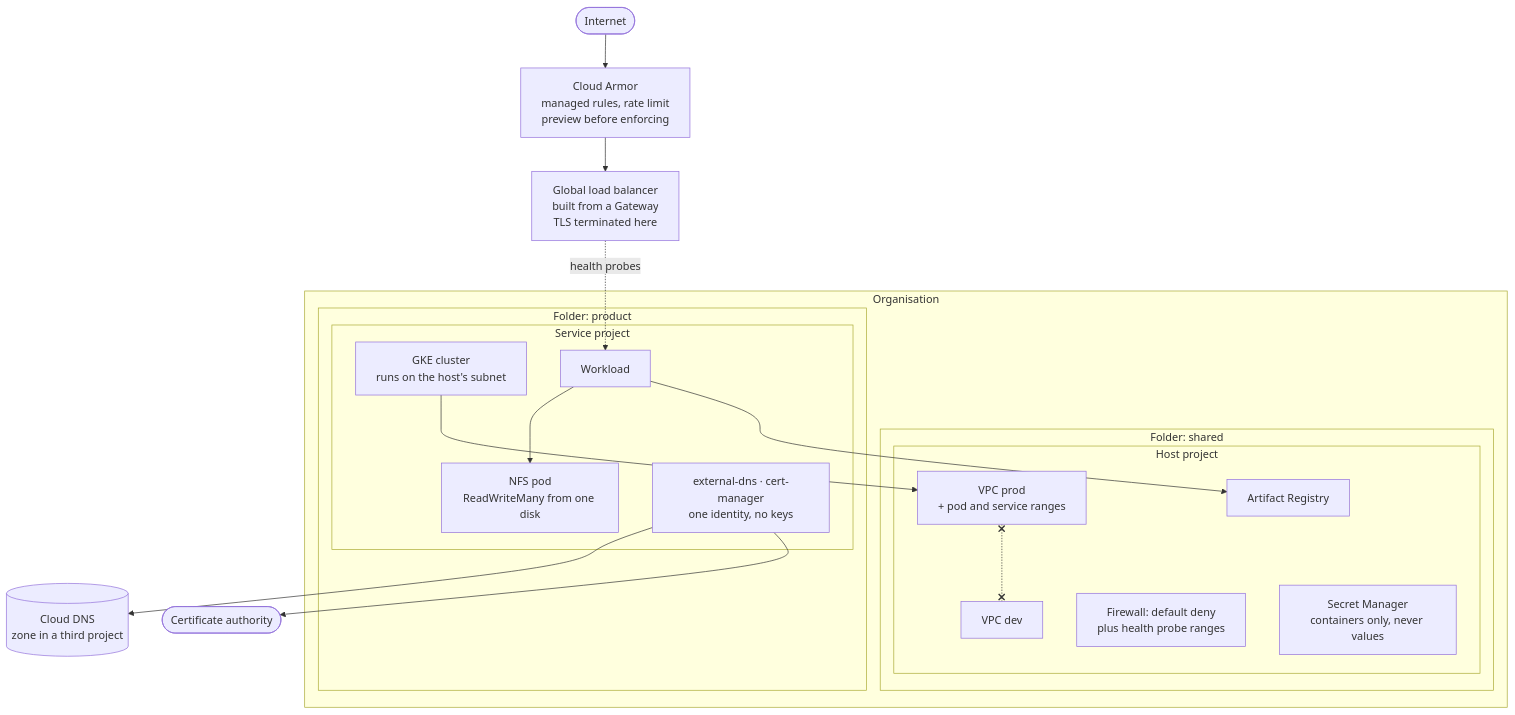
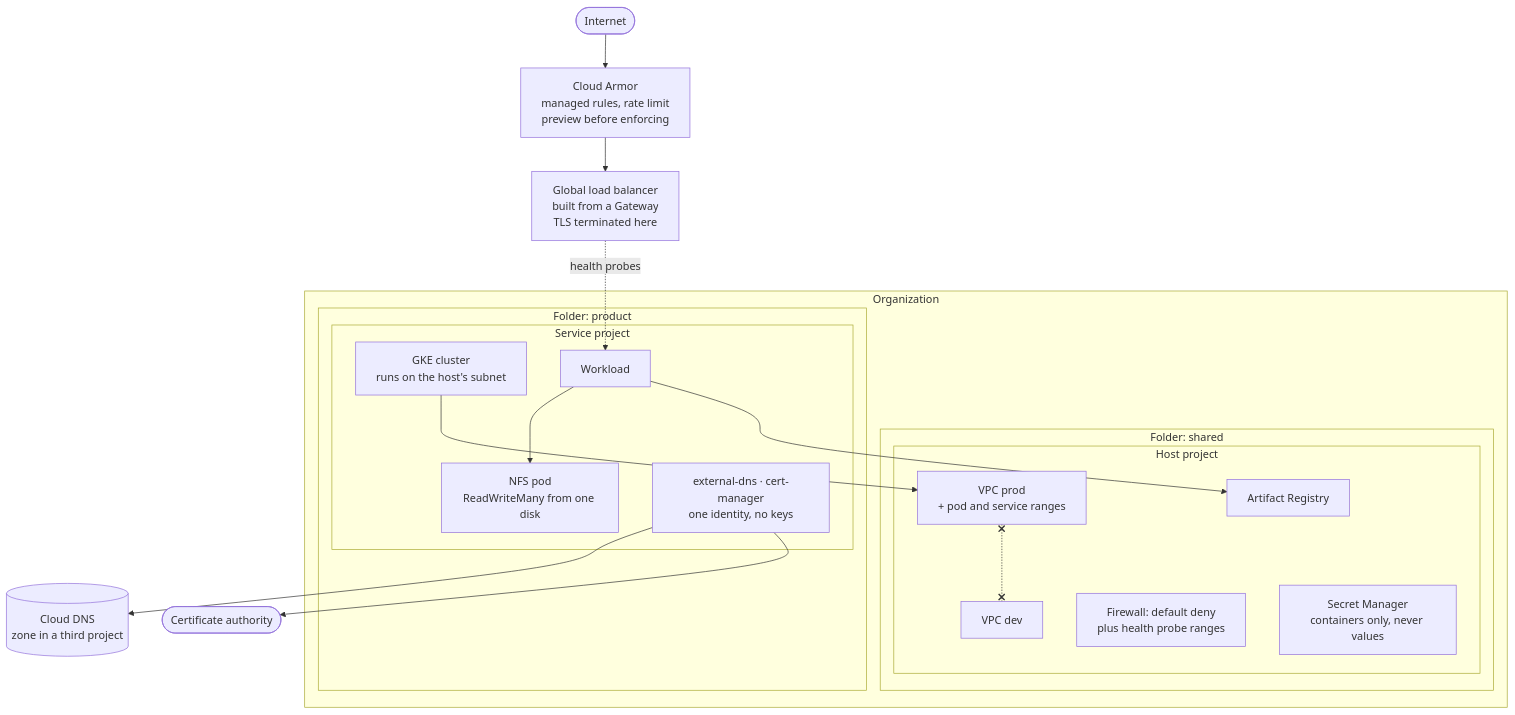
The diagram in README.md (dhatune/platform-blueprints), drawn with Mermaid before and after one commit. The commit also changed other lines of this file and 34 other files, not shown here.

````diff
--- a/README.md
+++ b/README.md
@@ -31,34 +31,34 @@
 ```mermaid
 flowchart TB
     net([Internet]) --> armor[Cloud Armor<br/>managed rules, rate limit<br/>preview before enforcing]
     armor --> lb[Global load balancer<br/>built from a Gateway<br/>TLS terminated here]
 
-    subgraph org [Organisation]
+    subgraph org [Organization]
         subgraph shared [Folder: shared]
             subgraph host [Host project]
                 prod[VPC prod<br/>+ pod and service ranges]
                 dev[VPC dev]
                 fw[Firewall: default deny<br/>plus health probe ranges]
                 reg[Artifact Registry]
                 sec[Secret Manager<br/>containers only, never values]
             end
         end
         subgraph product [Folder: product]
             subgraph svc [Service project]
                 gke[GKE cluster<br/>runs on the host's subnet]
                 nfs[NFS pod<br/>ReadWriteMany from one disk]
                 app[Workload]
                 ctl[external-dns · cert-manager<br/>one identity, no keys]
             end
         end
     end
 
     lb -. health probes .-> app
     gke --> prod
     app --> nfs
     app --> reg
     ctl --> dns[(Cloud DNS<br/>zone in a third project)]
     ctl --> ca([Certificate authority])
 
     prod x-.-x dev
 ```
````
